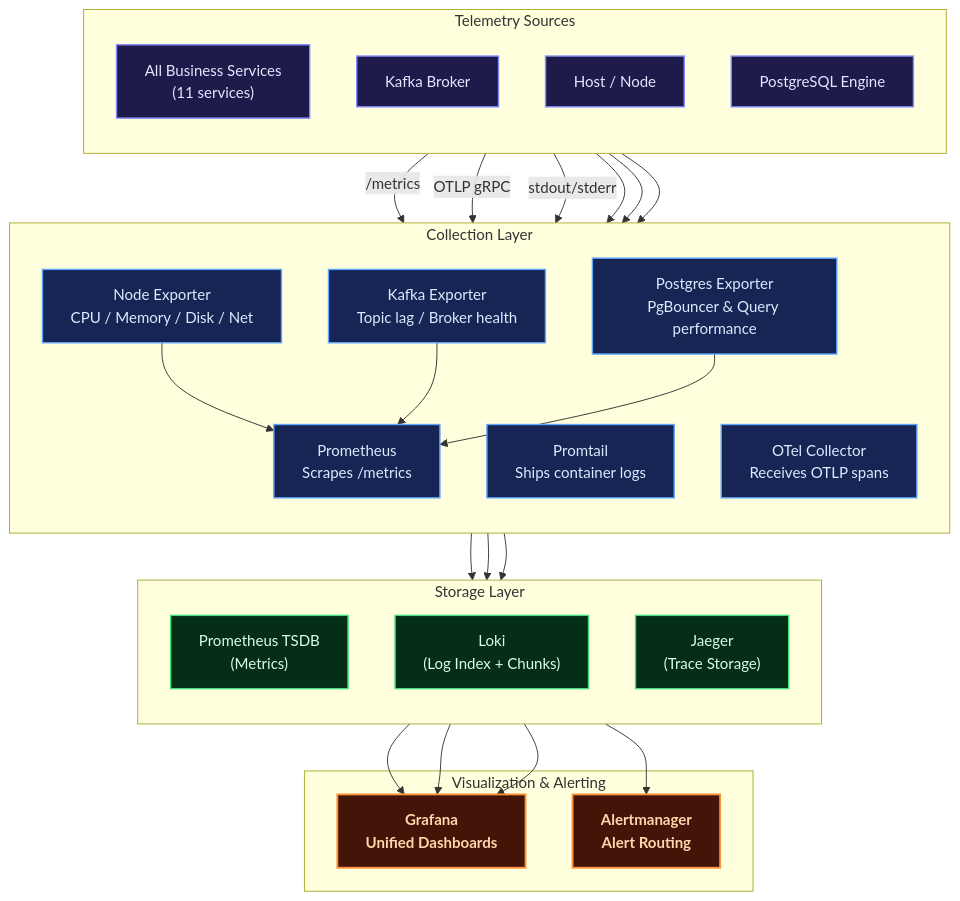
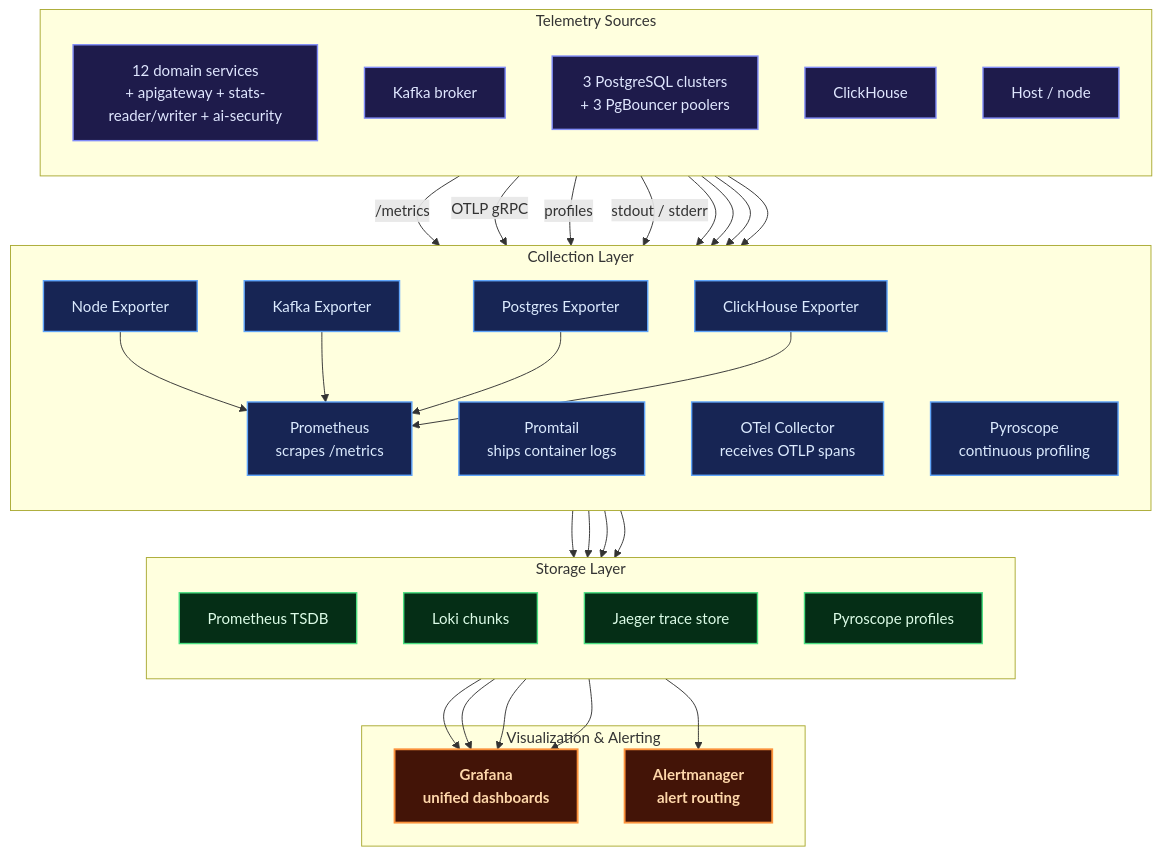
One commit to MamangRust/microservice-paymentgateway-gorm-graphql changed diagram 13 of 15 in README.md. Above: the diagram before and after it, drawn with Mermaid. The commit also changed other lines of this file and 440 other files, not shown here.

Commit message:
PostgreSQL cluster-per-bounded-context

````diff
--- a/README.md
+++ b/README.md
@@ -346,56 +723,65 @@
 ```mermaid
 graph TB
     classDef service fill:#1e1b4b,stroke:#818cf8,color:#e0e7ff,stroke-width:1.5px
     classDef collector fill:#172554,stroke:#60a5fa,color:#dbeafe,stroke-width:1.5px
     classDef storage fill:#052e16,stroke:#4ade80,color:#dcfce7,stroke-width:1.5px
     classDef viz fill:#431407,stroke:#fb923c,color:#fed7aa,stroke-width:2px,font-weight:bold
 
     subgraph Sources["Telemetry Sources"]
         direction TB
-        SVCS["All Business Services<br/>(11 services)"]:::service
-        KAFKA_SRC["Kafka Broker"]:::service
-        NODES["Host / Node"]:::service
-        DB_SRC["PostgreSQL Engine"]:::service
+        SVCS["12 domain services<br/>+ apigateway + stats-reader/writer + ai-security"]:::service
+        KAFKA_SRC["Kafka broker"]:::service
+        PG_SRC["3 PostgreSQL clusters<br/>+ 3 PgBouncer poolers"]:::service
+        CH_SRC["ClickHouse"]:::service
+        NODES["Host / node"]:::service
     end
 
     subgraph Collectors["Collection Layer"]
         direction TB
-        PROM["Prometheus<br/>Scrapes /metrics"]:::collector
-        PROMTAIL["Promtail<br/>Ships container logs"]:::collector
-        OTEL["OTel Collector<br/>Receives OTLP spans"]:::collector
-        NODEX["Node Exporter<br/>CPU / Memory / Disk / Net"]:::collector
-        KAFKAX["Kafka Exporter<br/>Topic lag / Broker health"]:::collector
-        PGX["Postgres Exporter<br/>PgBouncer & Query performance"]:::collector
+        PROM["Prometheus<br/>scrapes /metrics"]:::collector
+        PROMTAIL["Promtail<br/>ships container logs"]:::collector
+        OTEL["OTel Collector<br/>receives OTLP spans"]:::collector
+        NODEX["Node Exporter"]:::collector
+        KAFKAX["Kafka Exporter"]:::collector
+        PGX["Postgres Exporter"]:::collector
+        CHX["ClickHouse Exporter"]:::collector
+        PYRO["Pyroscope<br/>continuous profiling"]:::collector
     end
 
     subgraph Storage["Storage Layer"]
         direction TB
-        PROM_TSDB["Prometheus TSDB<br/>(Metrics)"]:::storage
-        LOKI_STORE["Loki<br/>(Log Index + Chunks)"]:::storage
-        JAEGER_STORE["Jaeger<br/>(Trace Storage)"]:::storage
+        PROM_TSDB["Prometheus TSDB"]:::storage
+        LOKI_STORE["Loki chunks"]:::storage
+        JAEGER_STORE["Jaeger trace store"]:::storage
+        PYRO_STORE["Pyroscope profiles"]:::storage
     end
 
     subgraph Visualization["Visualization & Alerting"]
-        GRAFANA["Grafana<br/>Unified Dashboards"]:::viz
-        ALERTMGR["Alertmanager<br/>Alert Routing"]:::viz
+        GRAFANA["Grafana<br/>unified dashboards"]:::viz
+        ALERTMGR["Alertmanager<br/>alert routing"]:::viz
     end
 
     SVCS -->|"/metrics"| PROM
     SVCS -->|"OTLP gRPC"| OTEL
-    SVCS -->|"stdout/stderr"| PROMTAIL
+    SVCS -->|"profiles"| PYRO
+    SVCS -->|"stdout / stderr"| PROMTAIL
     NODES --> NODEX
     KAFKA_SRC --> KAFKAX
-    DB_SRC --> PGX
+    PG_SRC --> PGX
+    CH_SRC --> CHX
 
     NODEX --> PROM
     KAFKAX --> PROM
     PGX --> PROM
+    CHX --> PROM
     PROM --> PROM_TSDB
     PROMTAIL --> LOKI_STORE
     OTEL --> JAEGER_STORE
+    PYRO --> PYRO_STORE
 
     PROM_TSDB --> GRAFANA
     LOKI_STORE --> GRAFANA
     JAEGER_STORE --> GRAFANA
+    PYRO_STORE --> GRAFANA
     PROM_TSDB --> ALERTMGR
 ```
````
